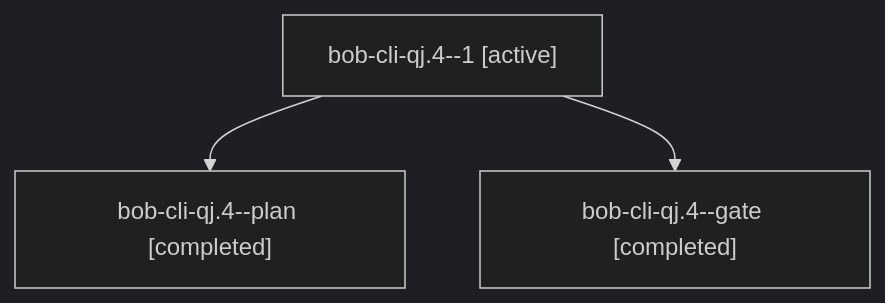
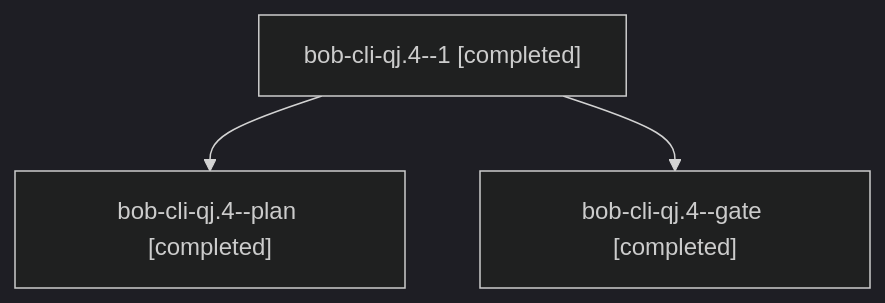
Before and after one commit to bobs-org/bob-cli--agents: the diagram in sessions/bbugyi200.apollo.bob-cli-qj.4.md, drawn with Mermaid (dark theme). The commit also changed other lines of this file and 39 other files, not shown here.

````diff
--- a/sessions/bbugyi200.apollo.bob-cli-qj.4.md
+++ b/sessions/bbugyi200.apollo.bob-cli-qj.4.md
@@ -9,8 +9,8 @@
 ```mermaid
 flowchart TD
-  n0["bob-cli-qj.4--1 [active]"]
+  n0["bob-cli-qj.4--1 [completed]"]
   n1["bob-cli-qj.4--plan [completed]"]
   n0 --> n1
   n2["bob-cli-qj.4--gate [completed]"]
   n0 --> n2
 ```
````
